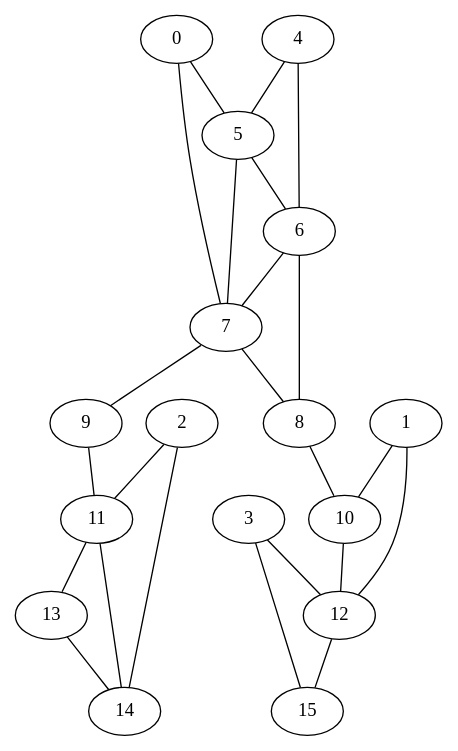
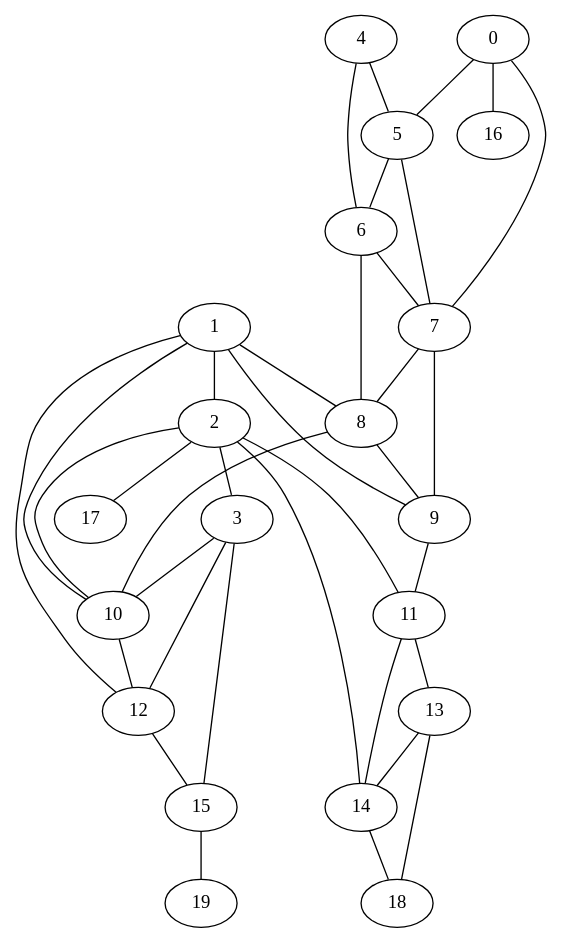
Before and after one commit to agrumery/aGrUM: the diagram in src/testunits/ressources/IDAfterMoralisation.dot, drawn with Graphviz. The commit also changed 79 other files, not shown here.

Commit message:
refactoring : BN/IBaseBayesNet -> GraphicalModels/DAGmodel + empty-->clear when necessary + comestic changes

```diff
--- a/src/testunits/ressources/IDAfterMoralisation.dot
+++ b/src/testunits/ressources/IDAfterMoralisation.dot
@@ -1,29 +1,41 @@
 digraph "no_name" {
 edge [dir=none]
 node [shape = ellipse];
-  0;  1;  2;  3;  4;  5;  6;  7;  8;  9;  10;  11;  12;  13;  14;  15;
+  0;  1;  2;  3;  4;  5;  6;  7;  8;  9;  10;  11;  12;  13;  14;  15;  16;  17;  18;  19;
+  0 -> 16;
   0 -> 7;
   0 -> 5;
+  1 -> 8;
+  1 -> 9;
   1 -> 12;
+  1 -> 2;
   1 -> 10;
+  2 -> 3;
   2 -> 11;
+  2 -> 17;
   2 -> 14;
+  2 -> 10;
   3 -> 15;
   3 -> 12;
+  3 -> 10;
   4 -> 6;
   4 -> 5;
   5 -> 6;
   5 -> 7;
   6 -> 8;
   6 -> 7;
   7 -> 8;
   7 -> 9;
+  8 -> 9;
   8 -> 10;
   9 -> 11;
   10 -> 12;
   11 -> 14;
   11 -> 13;
   12 -> 15;
   13 -> 14;
+  13 -> 18;
+  14 -> 18;
+  15 -> 19;
 
 }
```
